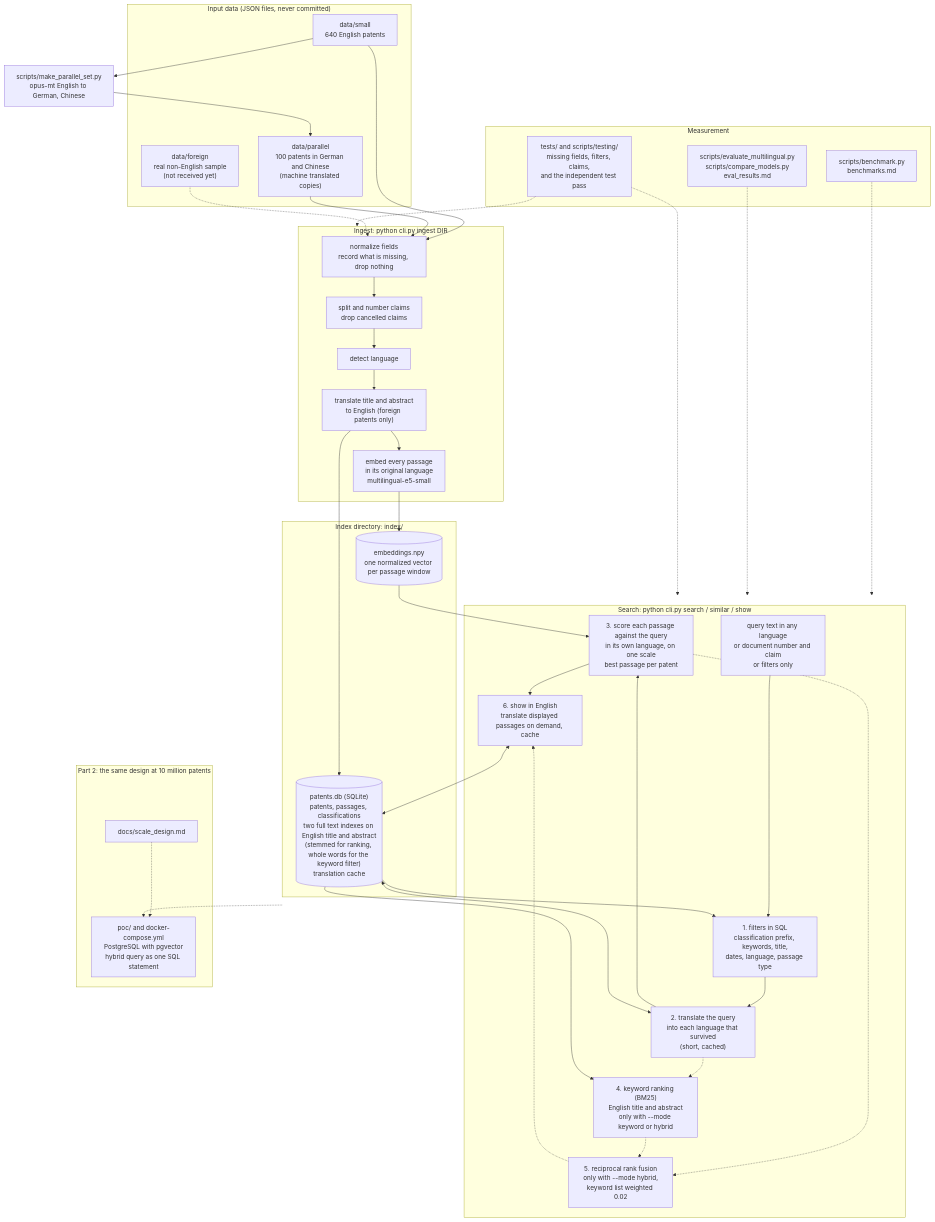
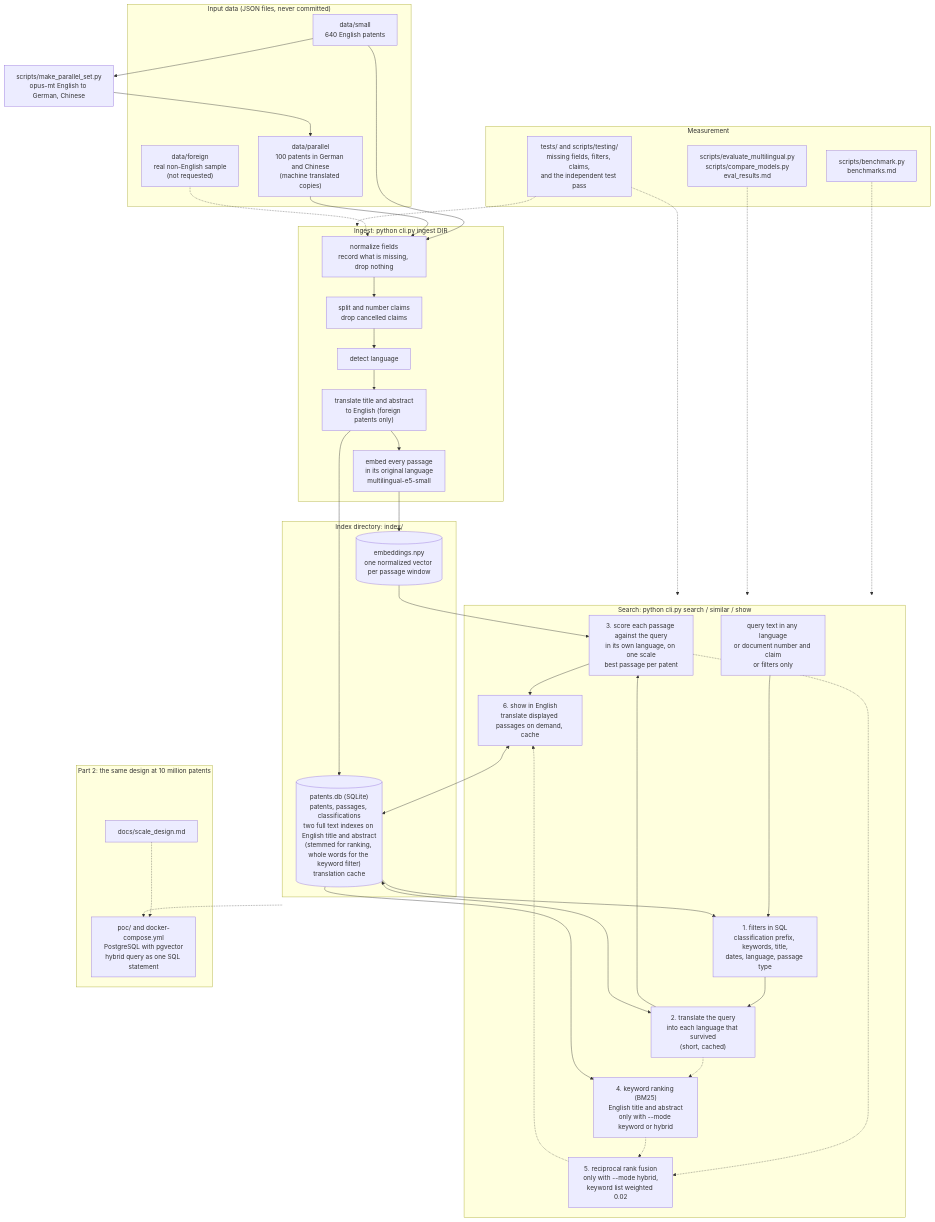
The diagram in docs/architecture.md (tairanhabib/thinkstruct-patent-search), drawn with Mermaid before and after one commit. The commit also changed 3 other files, not shown here.

First line of the commit message:
README: video link; the non-English sample was never requested

````diff
--- a/docs/architecture.md
+++ b/docs/architecture.md
@@ -5,65 +5,65 @@
 ```mermaid
 flowchart TD
     subgraph IN["Input data (JSON files, never committed)"]
         small["data/small<br/>640 English patents"]
         parallel["data/parallel<br/>100 patents in German and Chinese<br/>(machine translated copies)"]
-        foreign["data/foreign<br/>real non-English sample<br/>(not received yet)"]
+        foreign["data/foreign<br/>real non-English sample<br/>(not requested)"]
     end
 
     mk["scripts/make_parallel_set.py<br/>opus-mt English to German, Chinese"]
     small --> mk --> parallel
 
     subgraph ING["Ingest: python cli.py ingest DIR"]
         norm["normalize fields<br/>record what is missing, drop nothing"]
         claims["split and number claims<br/>drop cancelled claims"]
         lang["detect language"]
         tr1["translate title and abstract<br/>to English (foreign patents only)"]
         emb["embed every passage<br/>in its original language<br/>multilingual-e5-small"]
         norm --> claims --> lang --> tr1 --> emb
     end
     small --> norm
     parallel --> norm
     foreign -.-> norm
 
     subgraph IDX["Index directory: index/"]
         db[("patents.db (SQLite)<br/>patents, passages, classifications<br/>two full text indexes on English title and abstract<br/>(stemmed for ranking, whole words for the keyword filter)<br/>translation cache")]
         vec[("embeddings.npy<br/>one normalized vector per passage window")]
     end
     tr1 --> db
     emb --> vec
 
     subgraph SRCH["Search: python cli.py search / similar / show"]
         q["query text in any language<br/>or document number and claim<br/>or filters only"]
         filt["1. filters in SQL<br/>classification prefix, keywords, title,<br/>dates, language, passage type"]
         tq["2. translate the query<br/>into each language that survived<br/>(short, cached)"]
         sem["3. score each passage against the query<br/>in its own language, on one scale<br/>best passage per patent"]
         kw["4. keyword ranking (BM25)<br/>English title and abstract<br/>only with --mode keyword or hybrid"]
         rrf["5. reciprocal rank fusion<br/>only with --mode hybrid,<br/>keyword list weighted 0.02"]
         show["6. show in English<br/>translate displayed passages on demand, cache"]
         q --> filt --> tq --> sem --> show
         sem -.-> rrf -.-> show
         tq -.-> kw -.-> rrf
     end
     db --> filt
     db --> kw
     vec --> sem
     show <--> db
     tq <--> db
 
     subgraph MEAS["Measurement"]
         bench["scripts/benchmark.py<br/>benchmarks.md"]
         evalm["scripts/evaluate_multilingual.py<br/>scripts/compare_models.py<br/>eval_results.md"]
         tests["tests/ and scripts/testing/<br/>missing fields, filters, claims,<br/>and the independent test pass"]
     end
     bench -.-> SRCH
     evalm -.-> SRCH
     tests -.-> ING
     tests -.-> SRCH
 
     subgraph P2["Part 2: the same design at 10 million patents"]
         design["docs/scale_design.md"]
         poc["poc/ and docker-compose.yml<br/>PostgreSQL with pgvector<br/>hybrid query as one SQL statement"]
     end
     IDX -.-> poc
     design -.-> poc
 ```
````
